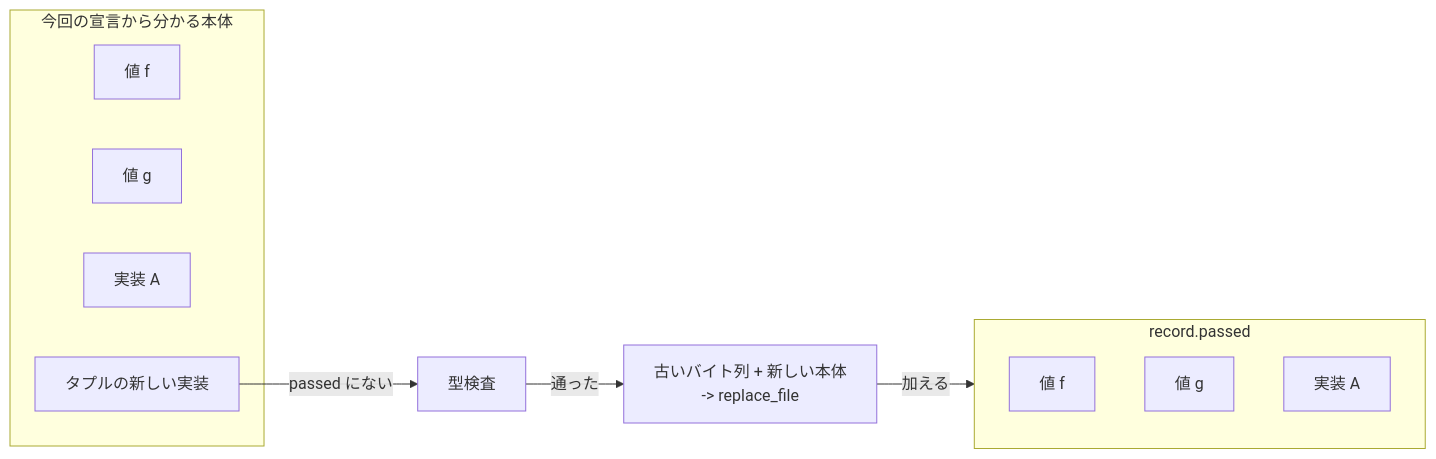
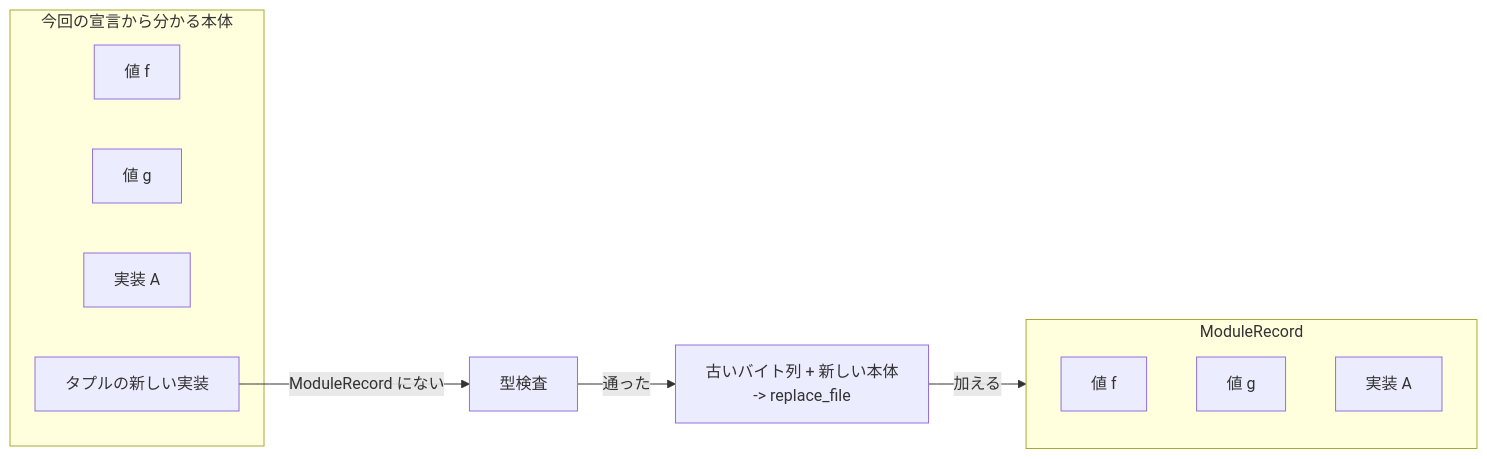
Before and after one commit to tttmmmyyyy/fixlang: the second of 2 diagrams in dev-docs/2026-11-03-split-decl-body/README.md, drawn with Mermaid. The commit also changed other lines of this file and 15 other files, not shown here.

````diff
--- a/dev-docs/2026-11-03-split-decl-body/README.md
+++ b/dev-docs/2026-11-03-split-decl-body/README.md
@@ -170,17 +163,17 @@
 ```mermaid
 flowchart LR
     subgraph now[今回の宣言から分かる本体]
         f1[値 f]
         g1[値 g]
         a1[実装 A]
         n1[タプルの新しい実装]
     end
-    subgraph passed[record.passed]
+    subgraph passed[ModuleRecord]
         f2[値 f]
         g2[値 g]
         a2[実装 A]
     end
-    n1 -- passed にない --> tc[型検査]
+    n1 -- ModuleRecord にない --> tc[型検査]
     tc -- 通った --> w["古いバイト列 + 新しい本体<br/>-> replace_file"]
     w -- 加える --> passed
 ```
````
